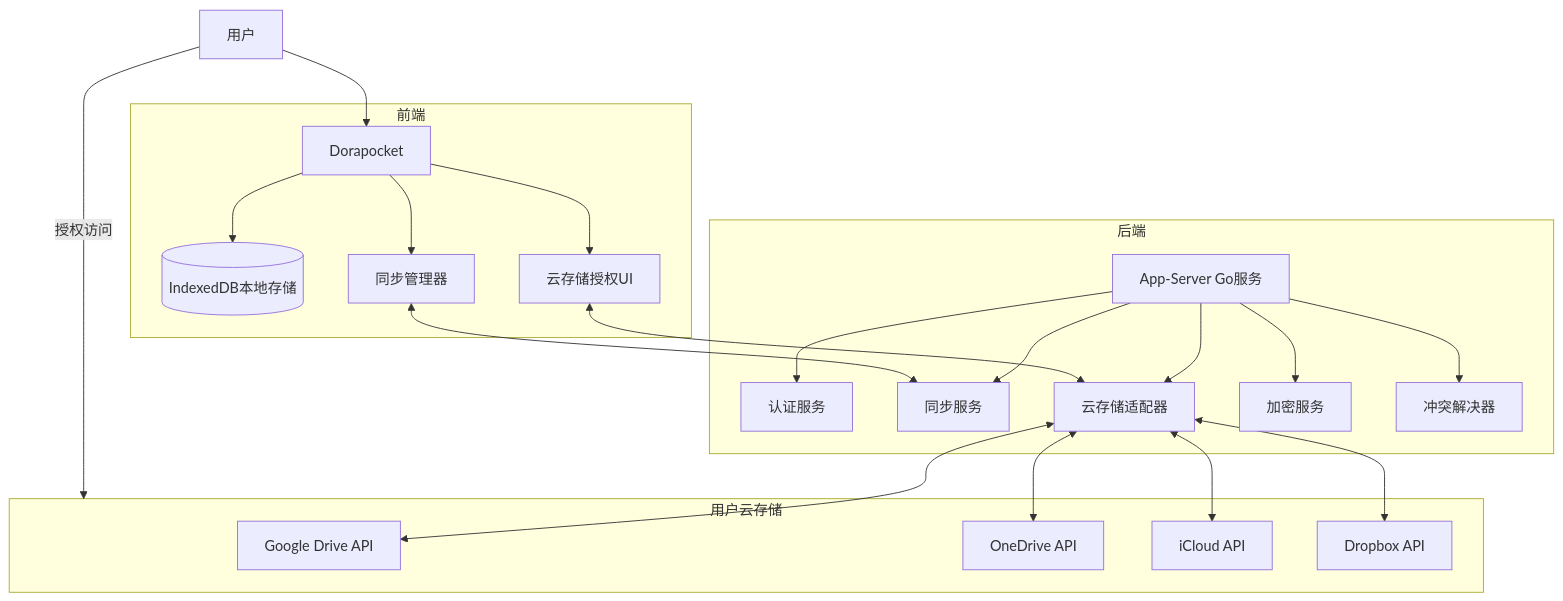
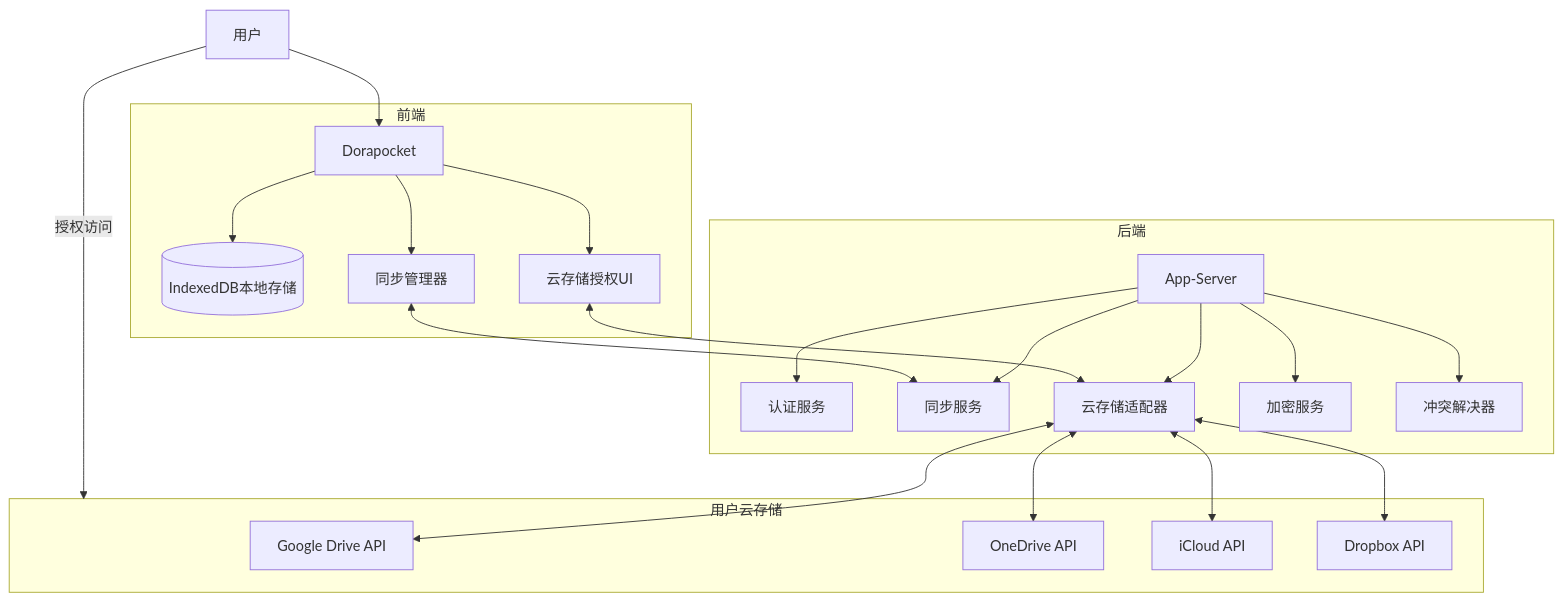
One commit to yingjianzh/iodraw-files changed the diagram in all/未命名-34.md. Above: the diagram before and after it, drawn with Mermaid.

Commit message:
2025-04-17 10:23:47 update

````diff
--- a/all/未命名-34.md
+++ b/all/未命名-34.md
@@ -1,29 +1,29 @@
 ```mermaid
 flowchart TD
     User[用户] --> FrontEnd[Dorapocket]
     
     subgraph 前端
         FrontEnd --> LocalDB[(IndexedDB本地存储)]
         FrontEnd --> SyncManager[同步管理器]
         FrontEnd --> CloudAuthUI[云存储授权UI]
     end
     
     subgraph 后端
-        AppServer[App-Server Go服务] --> AuthService[认证服务]
+        AppServer[App-Server] --> AuthService[认证服务]
         AppServer --> SyncService[同步服务]
         AppServer --> CloudAdapter[云存储适配器]
         AppServer --> CryptoService[加密服务]
         AppServer --> ConflictResolver[冲突解决器]
     end
     
     subgraph 用户云存储
         CloudAdapter <--> GoogleDrive[Google Drive API]
         CloudAdapter <--> OneDrive[OneDrive API]
         CloudAdapter <--> iCloud[iCloud API]
         CloudAdapter <--> Dropbox[Dropbox API]
     end
     
     User -- "授权访问" --> 用户云存储
     SyncManager <--> SyncService
     CloudAuthUI <--> CloudAdapter
 ```
````
